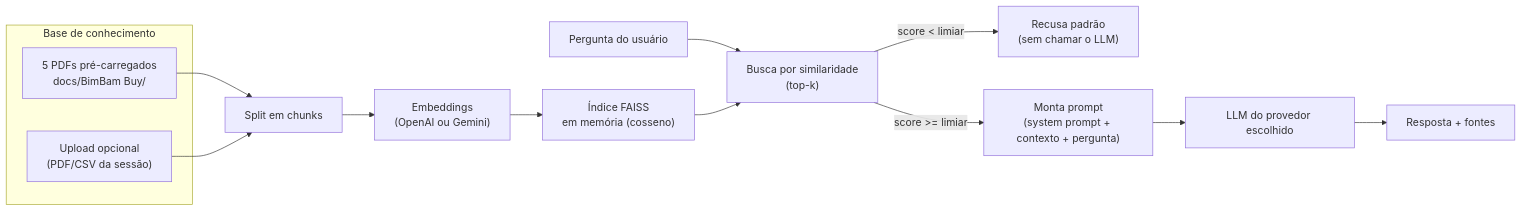
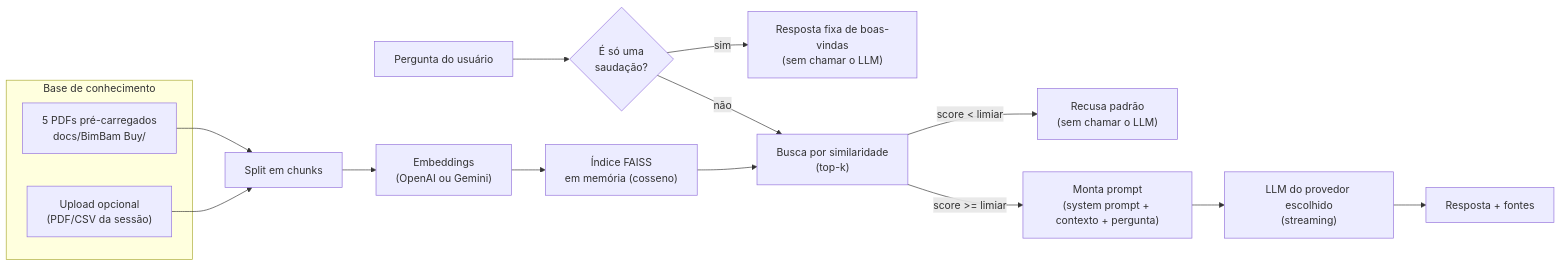
Before and after one commit to ClaudioMendonca-Eng/ONE-Oracle-Alura-Challenge-Agente: the diagram in README.md, drawn with Mermaid. The commit also changed other lines of this file and 6 other files, not shown here.

````diff
--- a/README.md
+++ b/README.md
@@ -24,19 +27,21 @@
 ```mermaid
 flowchart LR
     subgraph Base["Base de conhecimento"]
         PDF["5 PDFs pré-carregados\ndocs/BimBam Buy/"]
         Upload["Upload opcional\n(PDF/CSV da sessão)"]
     end
 
     PDF --> Split["Split em chunks"]
     Upload --> Split
     Split --> Embed["Embeddings\n(OpenAI ou Gemini)"]
     Embed --> FAISS["Índice FAISS\nem memória (cosseno)"]
 
-    Pergunta["Pergunta do usuário"] --> Retrieval["Busca por similaridade\n(top-k)"]
+    Pergunta["Pergunta do usuário"] --> Saudacao{"É só uma\nsaudação?"}
+    Saudacao -->|"sim"| RespostaSaudacao["Resposta fixa de boas-vindas\n(sem chamar o LLM)"]
+    Saudacao -->|"não"| Retrieval["Busca por similaridade\n(top-k)"]
     FAISS --> Retrieval
     Retrieval -->|"score < limiar"| Recusa["Recusa padrão\n(sem chamar o LLM)"]
     Retrieval -->|"score >= limiar"| Prompt["Monta prompt\n(system prompt + contexto + pergunta)"]
-    Prompt --> LLM["LLM do provedor escolhido"]
+    Prompt --> LLM["LLM do provedor escolhido\n(streaming)"]
     LLM --> Resposta["Resposta + fontes"]
 ```
````
